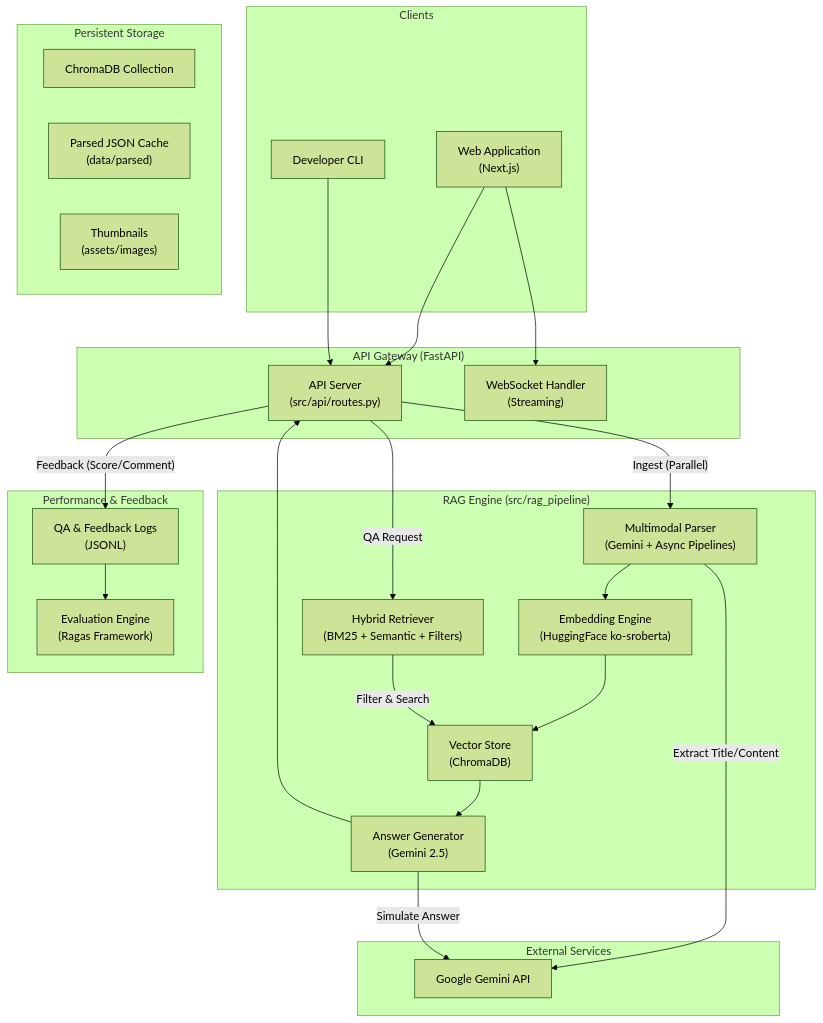
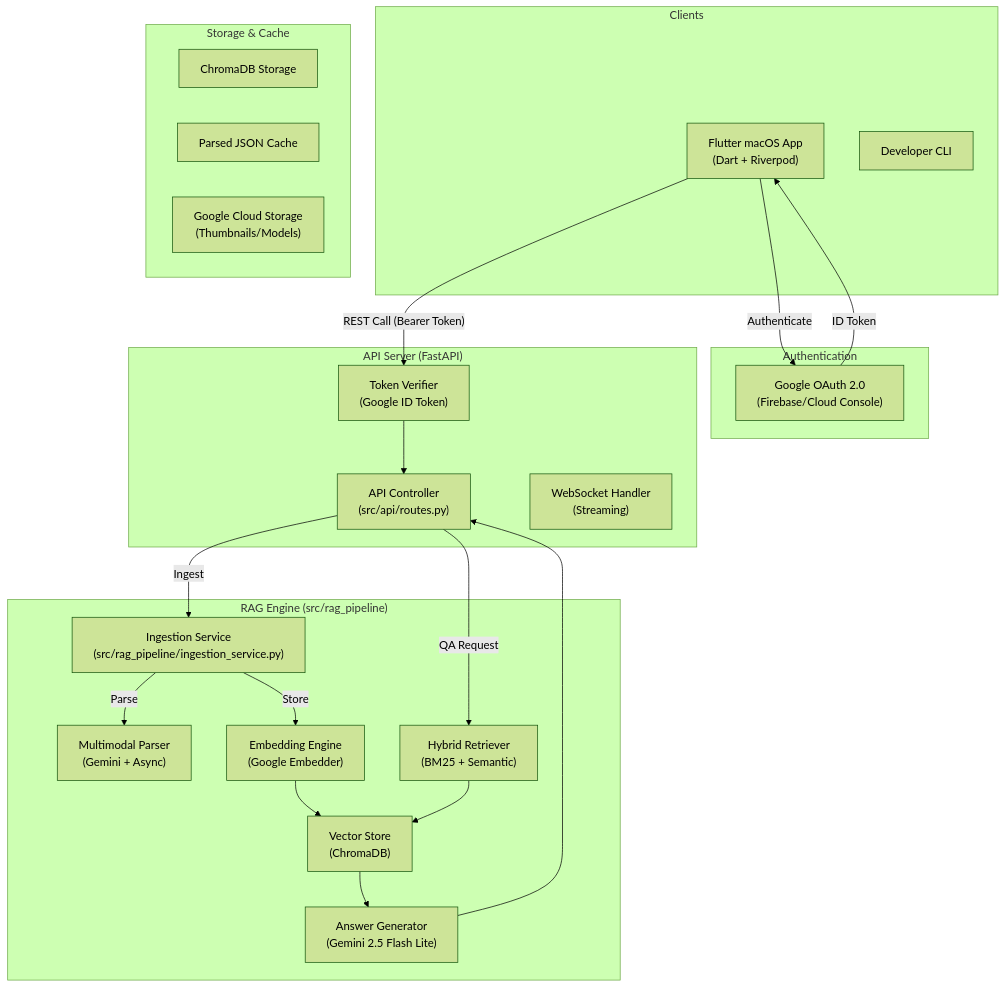
Before and after one commit to Bonggoo/Multimodal_RAG: the diagram in docs/SYSTEM_DESIGN.md, drawn with Mermaid (forest theme). The commit also changed other lines of this file and 94 other files, not shown here.

Commit message:
refactor: restructure frontend widgets and backend ingestion service

````diff
--- a/docs/SYSTEM_DESIGN.md
+++ b/docs/SYSTEM_DESIGN.md
@@ -10,53 +10,46 @@
 ```mermaid
 graph TD
     subgraph Clients ["Clients"]
-        Web["Web Application<br>(Next.js)"]
+        App["Flutter macOS App<br>(Dart + Riverpod)"]
         CLI["Developer CLI"]
     end
 
-    subgraph APIGateway ["API Gateway (FastAPI)"]
-        API["API Server<br>(src/api/routes.py)"]
+    subgraph Auth ["Authentication"]
+        GoogleOAuth["Google OAuth 2.0<br>(Firebase/Cloud Console)"]
+    end
+
+    subgraph APIGateway ["API Server (FastAPI)"]
+        Verify["Token Verifier<br>(Google ID Token)"]
+        API["API Controller<br>(src/api/routes.py)"]
         WS["WebSocket Handler<br>(Streaming)"]
     end
 
     subgraph RAGEngine ["RAG Engine (src/rag_pipeline)"]
-        Parser["Multimodal Parser<br>(Gemini + Async Pipelines)"]
-        Embed["Embedding Engine<br>(HuggingFace ko-sroberta)"]
+        Parser["Multimodal Parser<br>(Gemini + Async)"]
+        Ingestion["Ingestion Service<br>(src/rag_pipeline/ingestion_service.py)"]
+        Embed["Embedding Engine<br>(Google Embedder)"]
         VectorDB["Vector Store<br>(ChromaDB)"]
-        Retriever["Hybrid Retriever<br>(BM25 + Semantic + Filters)"]
-        Generator["Answer Generator<br>(Gemini 2.5)"]
+        Retriever["Hybrid Retriever<br>(BM25 + Semantic)"]
+        Generator["Answer Generator<br>(Gemini 2.5 Flash Lite)"]
     end
 
-    subgraph Storage ["Persistent Storage"]
-        VectorDB_Files["ChromaDB Collection"]
-        ParsedJSON["Parsed JSON Cache<br>(data/parsed)"]
-        Thumbnails["Thumbnails<br>(assets/images)"]
-    end
-
-    subgraph Performance ["Performance & Feedback"]
-        Logs["QA & Feedback Logs<br>(JSONL)"]
-        Eval["Evaluation Engine<br>(Ragas Framework)"]
-    end
-    
-    subgraph ExternalServices ["External Services"]
-        Gemini["Google Gemini API"]
+    subgraph Storage ["Storage & Cache"]
+        VectorDB_Files["ChromaDB Storage"]
+        ParsedJSON["Parsed JSON Cache"]
+        GCS["Google Cloud Storage<br>(Thumbnails/Models)"]
     end
 
     %% Flow
-    Web --> API
-    Web --> WS
-    CLI --> API
+    App -- "Authenticate" --> GoogleOAuth
+    GoogleOAuth -- "ID Token" --> App
+    App -- "REST Call (Bearer Token)" --> Verify
+    Verify --> API
     
-    API -- "Ingest (Parallel)" --> Parser
-    Parser -- "Extract Title/Content" --> Gemini
-    Parser --> Embed --> VectorDB
+    API -- "Ingest" --> Ingestion
+    Ingestion -- "Parse" --> Parser
+    Ingestion -- "Store" --> Embed --> VectorDB
     
     API -- "QA Request" --> Retriever
-    Retriever -- "Filter & Search" --> VectorDB
-    VectorDB --> Generator
-    Generator -- "Simulate Answer" --> Gemini
+    Retriever --> VectorDB --> Generator
     Generator --> API
-    
-    API -- "Feedback (Score/Comment)" --> Logs
-    Logs --> Eval
 ```
````
